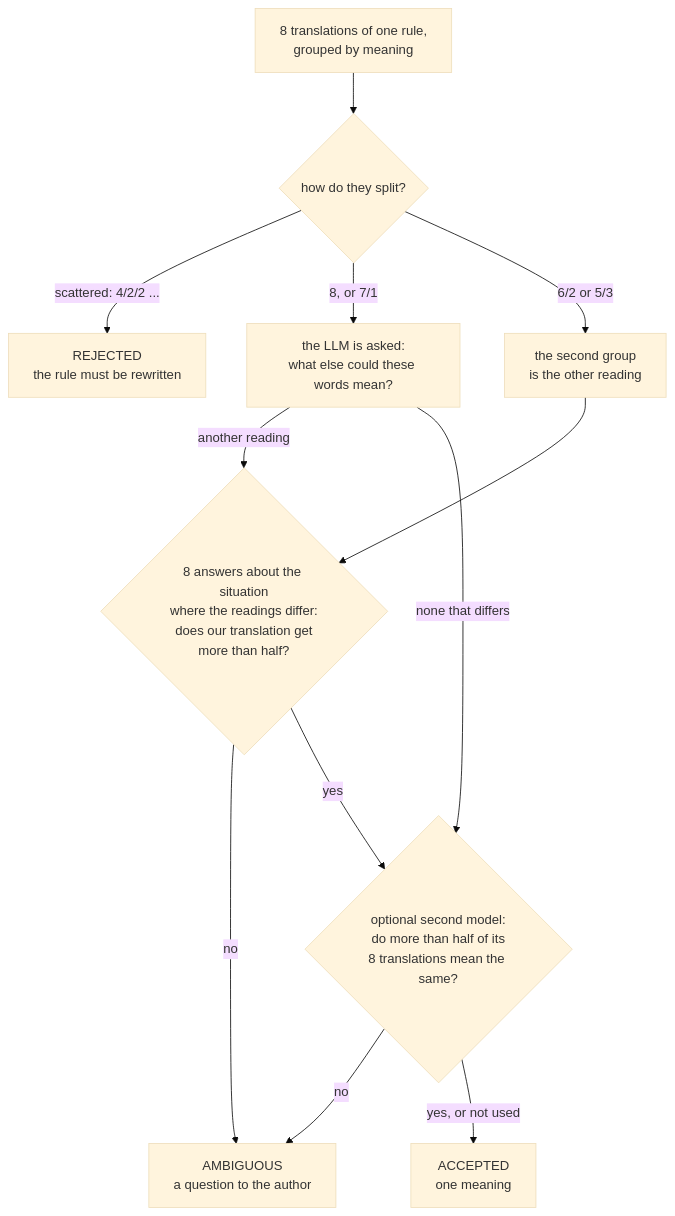
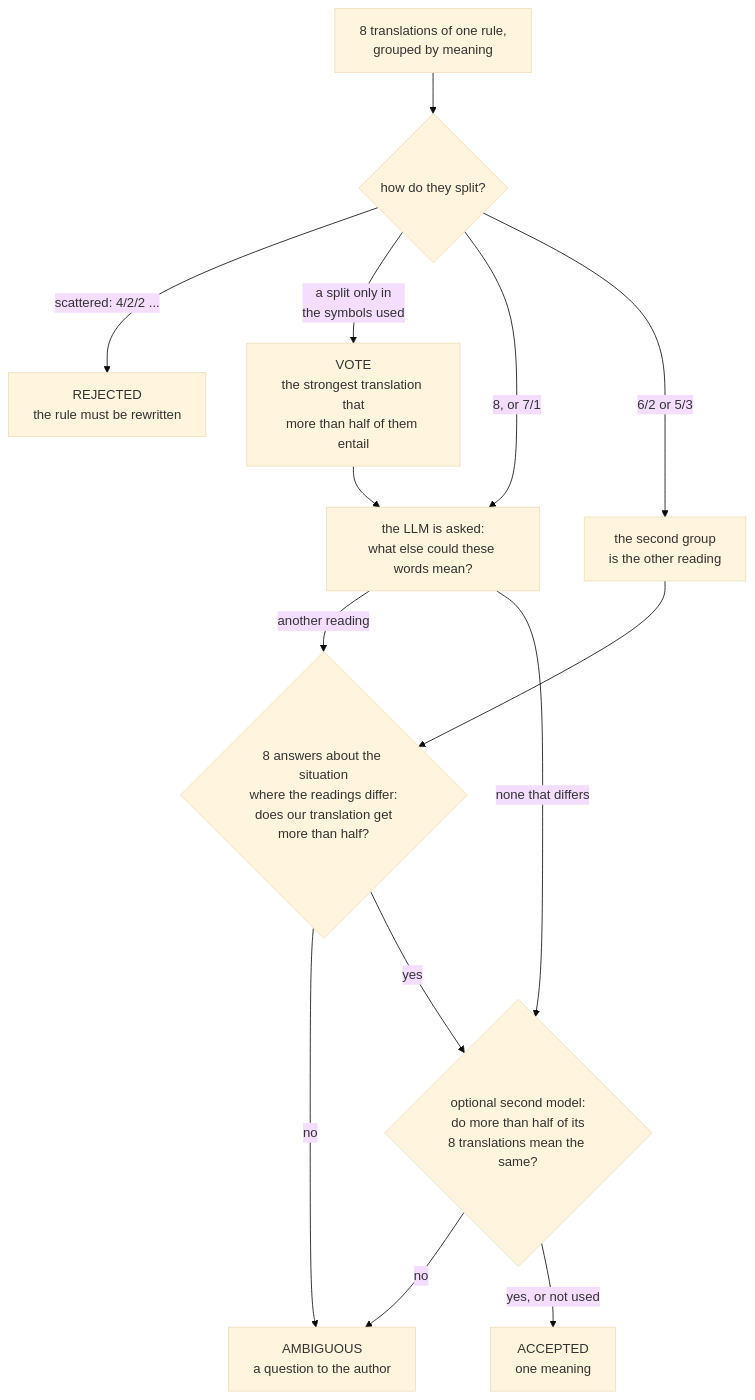
Before and after one commit to unibuc-cs/spelcheck: the second of 2 diagrams in GUIDE.md, drawn with Mermaid (base theme). The commit also changed other lines of this file and 2 other files, not shown here.

First line of the commit message:
README, GUIDE: the vote among the translations of a rule, with its development results

````diff
--- a/GUIDE.md
+++ b/GUIDE.md
@@ -388,14 +419,16 @@
 ```mermaid
 flowchart TD
     S["8 translations of one rule,<br/>grouped by meaning"] --> Q1{"how do they split?"}
     Q1 -- "scattered: 4/2/2 ..." --> REJ["REJECTED<br/>the rule must be rewritten"]
+    Q1 -- "a split only in<br/>the symbols used" --> V["VOTE<br/>the strongest translation that<br/>more than half of them entail"]
+    V --> P
     Q1 -- "8, or 7/1" --> P["the LLM is asked:<br/>what else could these words mean?"]
     Q1 -- "6/2 or 5/3" --> P2["the second group<br/>is the other reading"]
     P -- "another reading" --> Q2{"8 answers about the situation<br/>where the readings differ:<br/>does our translation get<br/>more than half?"}
     P -- "none that differs" --> Q3
     P2 --> Q2
     Q2 -- "no" --> AMB["AMBIGUOUS<br/>a question to the author"]
     Q2 -- "yes" --> Q3{"optional second model:<br/>do more than half of its<br/>8 translations mean the same?"}
     Q3 -- "no" --> AMB
     Q3 -- "yes, or not used" --> OK["ACCEPTED<br/>one meaning"]
 ```
````
